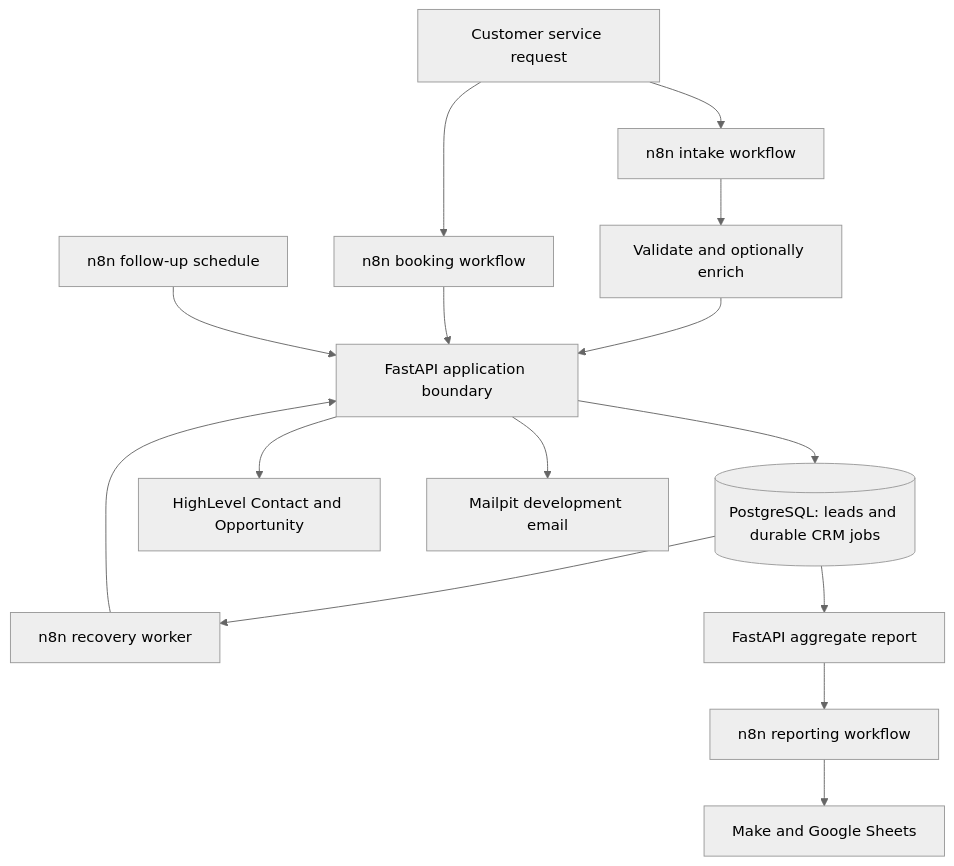
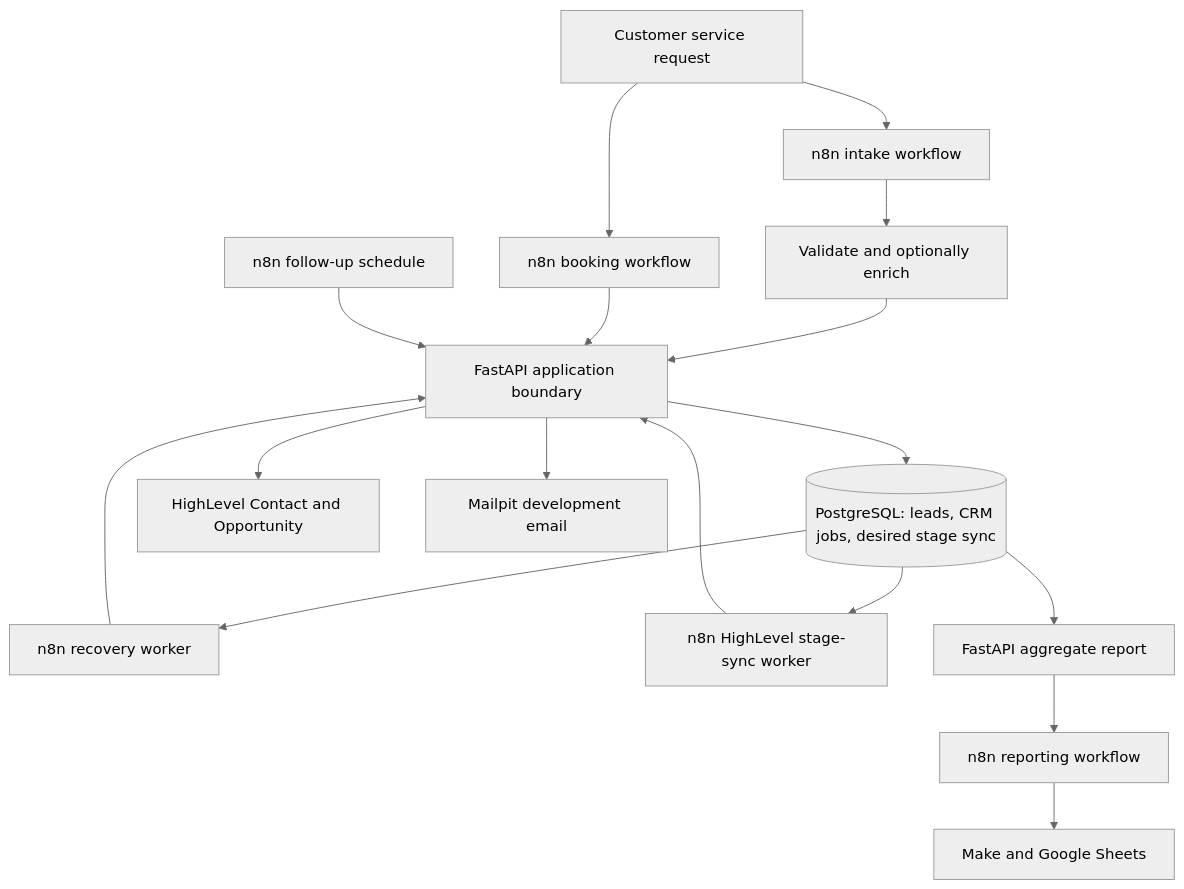
The diagram in README.md (kabbersokhi-boop/client-lead-intake-booking-recovery-automation), drawn with Mermaid (neutral theme) before and after one commit. The commit also changed other lines of this file and 34 other files, not shown here.

Commit message:
Implement durable HighLevel opportunity stage synchronization

````diff
--- a/README.md
+++ b/README.md
@@ -7,17 +7,19 @@
 ```mermaid
 flowchart TD
     Browser[Customer service request] --> Intake[n8n intake workflow]
     Intake --> AI[Validate and optionally enrich]
     AI --> API[FastAPI application boundary]
-    API --> DB[(PostgreSQL: leads and durable CRM jobs)]
+    API --> DB[(PostgreSQL: leads, CRM jobs, desired stage sync)]
     API --> CRM[HighLevel Contact and Opportunity]
     DB --> Recovery[n8n recovery worker]
     Recovery --> API
+    DB --> StageSync[n8n HighLevel stage-sync worker]
+    StageSync --> API
     Browser --> Booking[n8n booking workflow]
     Booking --> API
     Followup[n8n follow-up schedule] --> API
     API --> Email[Mailpit development email]
     DB --> Report[FastAPI aggregate report]
     Report --> Reporting[n8n reporting workflow]
     Reporting --> Make[Make and Google Sheets]
 ```
````
